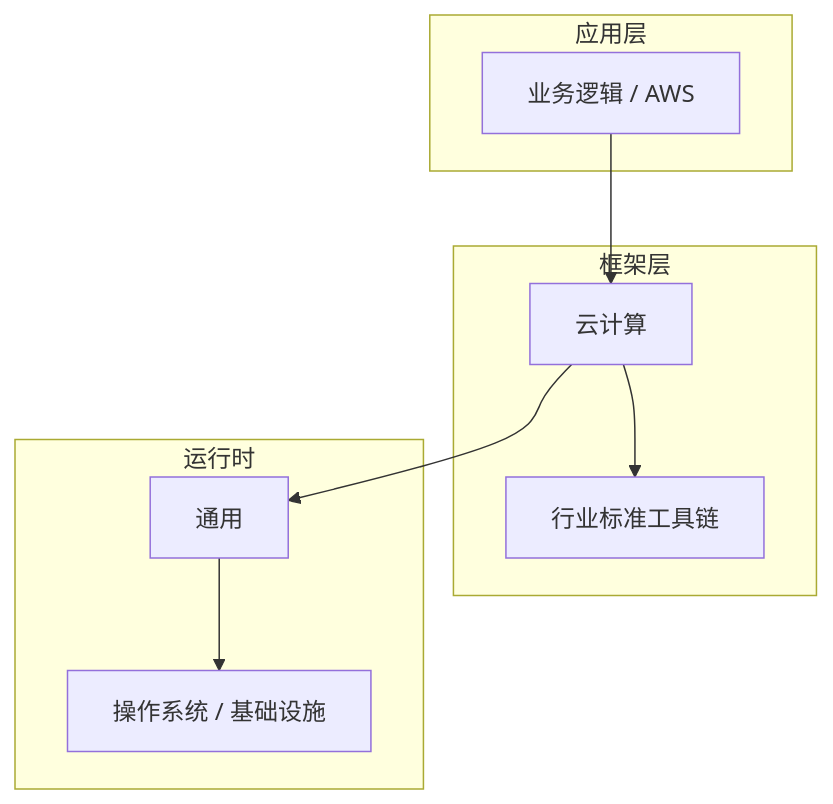
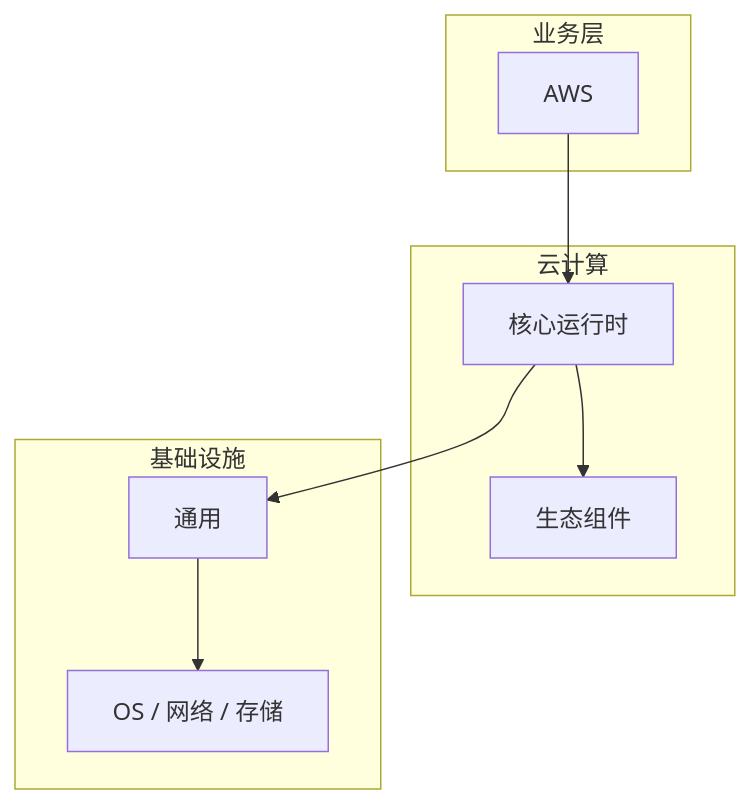
The diagram in articles/云计算/chapters/041-AWS核心概念与原理.md (yanggan2015/knowledge-json-v2), drawn with Mermaid before and after one commit. The commit also changed other lines of this file and 10127 other files, not shown here.

````diff
--- a/articles/云计算/chapters/041-AWS核心概念与原理.md
+++ b/articles/云计算/chapters/041-AWS核心概念与原理.md
@@ -45,18 +34,18 @@
 ```mermaid
 graph TB
-    subgraph 应用层
-        A[业务逻辑 / AWS]
+    subgraph 业务层
+        A[AWS]
     end
-    subgraph 框架层
-        B[云计算]
-        C[行业标准工具链]
+    subgraph 云计算
+        B[核心运行时]
+        C[生态组件]
     end
-    subgraph 运行时
+    subgraph 基础设施
         D[通用]
-        E[操作系统 / 基础设施]
+        E[OS / 网络 / 存储]
     end
     A --> B
     B --> C
     B --> D
     D --> E
 ```
````
